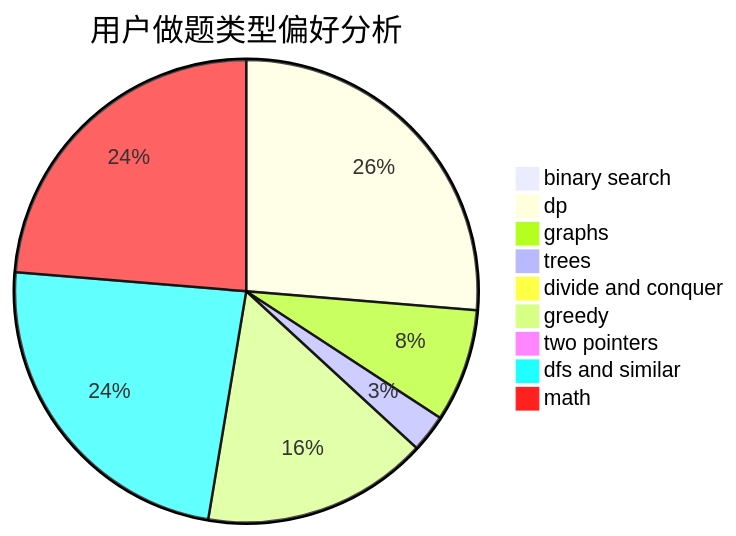
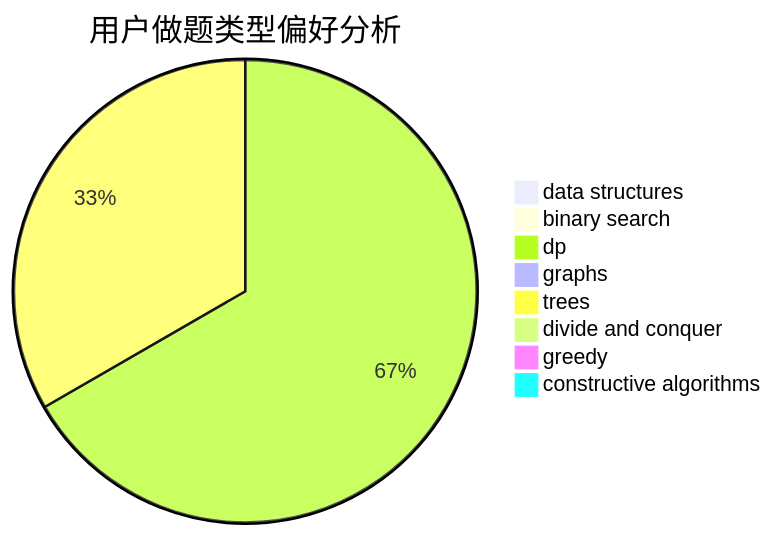
The second of 3 diagrams in docs/user/u65.md (sherpahu/cfrs.github.io), drawn with Mermaid before and after one commit. The commit also changed other lines of this file and 2775 other files, not shown here.

````diff
--- a/docs/user/u65.md
+++ b/docs/user/u65.md
@@ -23,12 +23,11 @@
 ```mermaid
 pie title 用户做题类型偏好分析
+    "data structures" :  0
     "binary search" :  0
-    "dp" :  20
-    "graphs" :  6
+    "dp" :  4
+    "graphs" :  0
     "trees" :  2
     "divide and conquer" :  0
-    "greedy" :  12
-    "two pointers" :  0
-    "dfs and similar" :  18
-    "math" :  18
+    "greedy" :  0
+    "constructive algorithms" :  0
 ```
````
